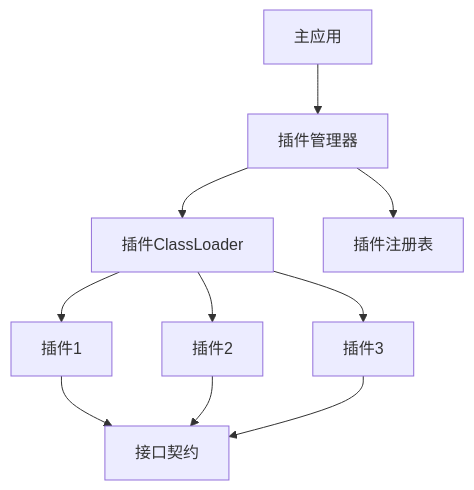
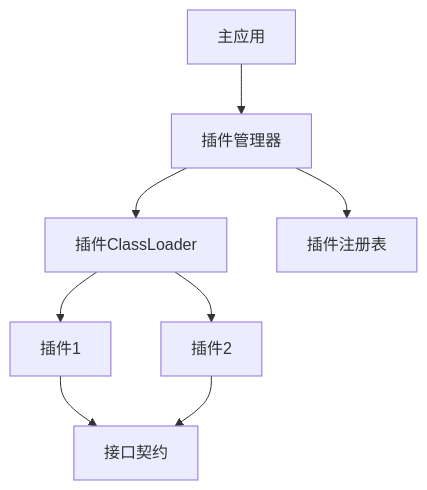
One commit to zhouByte-hub/scorpio-java changed the second of 2 diagrams in README.md. Above: the diagram before and after it, drawn with Mermaid. The commit also changed other lines of this file and 30 other files, not shown here.

````diff
--- a/README.md
+++ b/README.md
@@ -647,12 +287,10 @@
 ```mermaid
 graph TD
     A[主应用] --> B[插件管理器]
     B --> C[插件ClassLoader]
     B --> D[插件注册表]
     C --> E[插件1]
     C --> F[插件2]
-    C --> G[插件3]
     E --> H[接口契约]
     F --> H
-    G --> H
 ```
````
